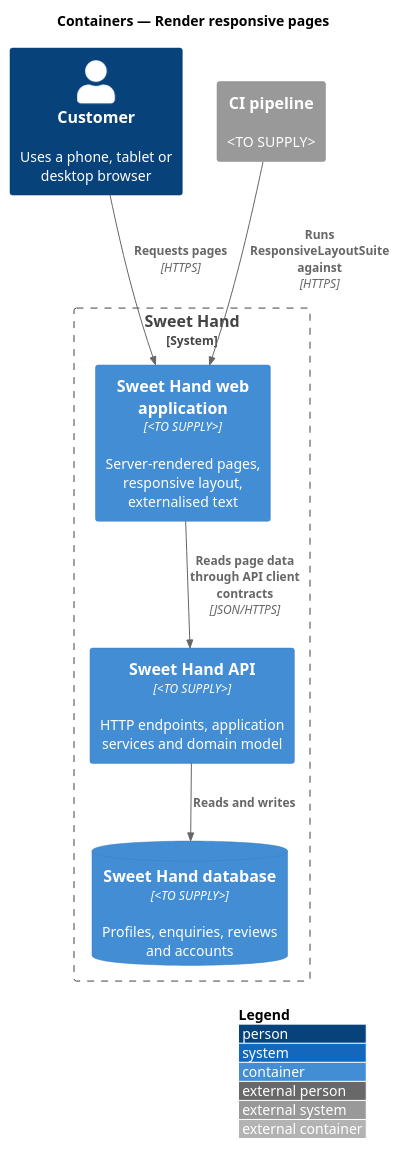
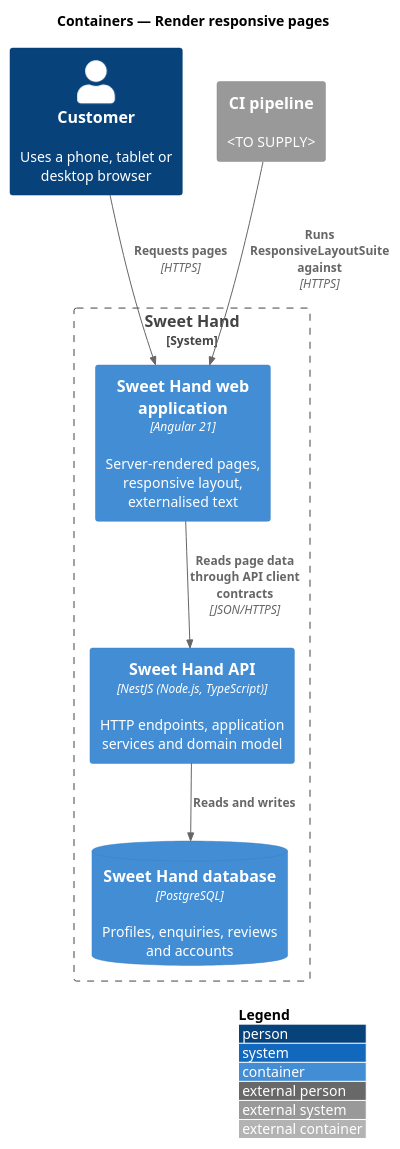
One commit to QuinntyneBrown/sweet-hand changed the diagram in docs/detailed-designs/platform/render-responsive-pages/diagrams/c4-container.puml. Above: the diagram before and after it, drawn with PlantUML. The commit also changed 34 other files, not shown here.

```diff
--- a/docs/detailed-designs/platform/render-responsive-pages/diagrams/c4-container.puml
+++ b/docs/detailed-designs/platform/render-responsive-pages/diagrams/c4-container.puml
@@ -1,18 +1,18 @@
 @startuml
 !include <C4/C4_Container>
 LAYOUT_WITH_LEGEND()
 title Containers — Render responsive pages
 
 Person(customer, "Customer", "Uses a phone, tablet or desktop browser")
 System_Ext(ci, "CI pipeline", "<TO SUPPLY>")
 System_Boundary(sweethand, "Sweet Hand") {
-  Container(web, "Sweet Hand web application", "<TO SUPPLY>", "Server-rendered pages, responsive layout, externalised text")
-  Container(api, "Sweet Hand API", "<TO SUPPLY>", "HTTP endpoints, application services and domain model")
-  ContainerDb(db, "Sweet Hand database", "<TO SUPPLY>", "Profiles, enquiries, reviews and accounts")
+  Container(web, "Sweet Hand web application", "Angular 21", "Server-rendered pages, responsive layout, externalised text")
+  Container(api, "Sweet Hand API", "NestJS (Node.js, TypeScript)", "HTTP endpoints, application services and domain model")
+  ContainerDb(db, "Sweet Hand database", "PostgreSQL", "Profiles, enquiries, reviews and accounts")
 }
 
 Rel(customer, web, "Requests pages", "HTTPS")
 Rel(web, api, "Reads page data through API client contracts", "JSON/HTTPS")
 Rel(api, db, "Reads and writes")
 Rel(ci, web, "Runs ResponsiveLayoutSuite against", "HTTPS")
 @enduml
```
